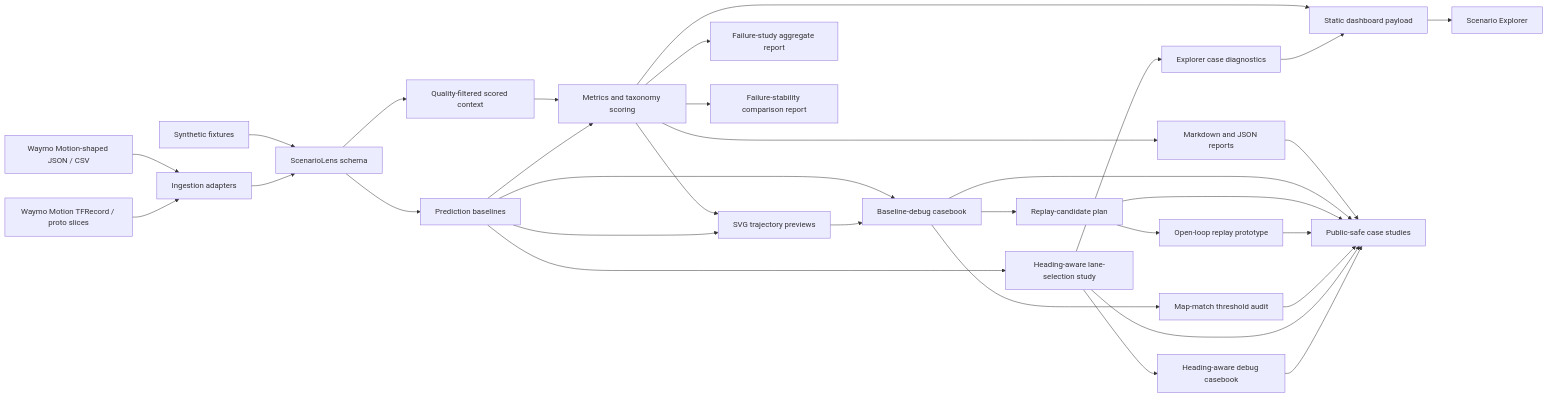
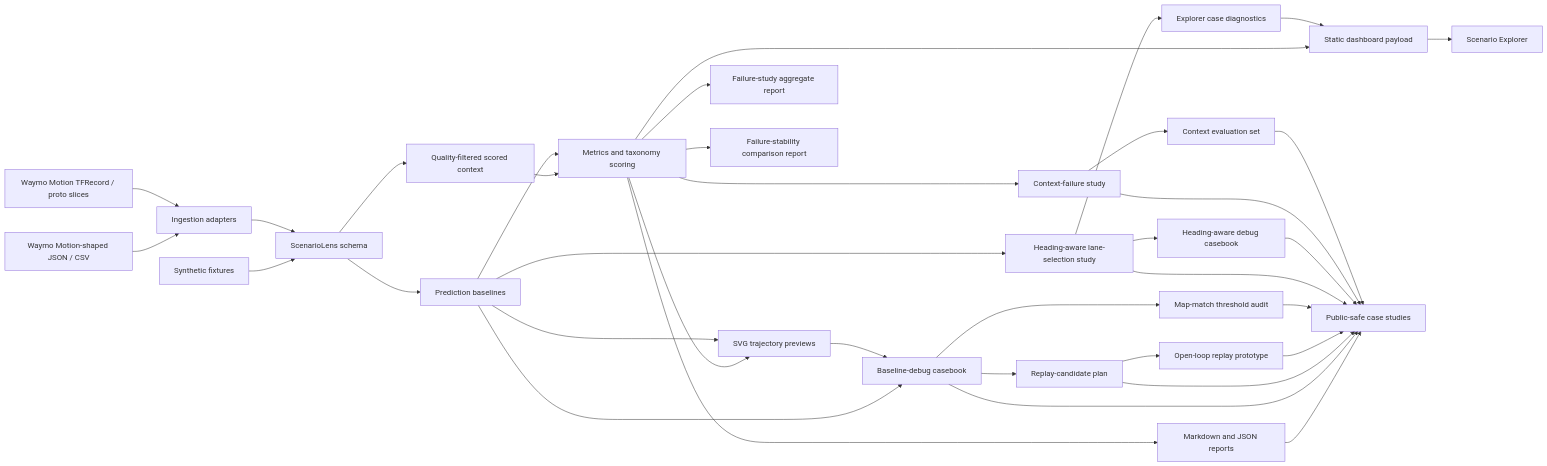
One commit to ethanvillalovoz/scenariolens changed the diagram in docs/architecture.md. Above: the diagram before and after it, drawn with Mermaid. The commit also changed other lines of this file and 20 other files, not shown here.

Commit message:
Add context evaluation set workflow

````diff
--- a/docs/architecture.md
+++ b/docs/architecture.md
@@ -5,34 +5,38 @@
 ```mermaid
 flowchart LR
     A["Synthetic fixtures"] --> D["ScenarioLens schema"]
     B["Waymo Motion-shaped JSON / CSV"] --> C["Ingestion adapters"]
     M["Waymo Motion TFRecord / proto slices"] --> C
     C --> D
     D --> E["Quality-filtered scored context"]
     D --> P["Prediction baselines"]
     E --> F["Metrics and taxonomy scoring"]
     P --> F
     F --> G["Markdown and JSON reports"]
     F --> H["SVG trajectory previews"]
     P --> H
     F --> L["Failure-study aggregate report"]
     F --> N["Failure-stability comparison report"]
+    F --> X["Context-failure study"]
+    X --> Y["Context evaluation set"]
     P --> U["Heading-aware lane-selection study"]
     U --> V["Explorer case diagnostics"]
     U --> W["Heading-aware debug casebook"]
     P --> Q["Baseline-debug casebook"]
     H --> Q
     Q --> R["Replay-candidate plan"]
     R --> S["Open-loop replay prototype"]
     Q --> T["Map-match threshold audit"]
     F --> I["Static dashboard payload"]
     V --> I
     I --> J["Scenario Explorer"]
     G --> K["Public-safe case studies"]
     Q --> K
     R --> K
     S --> K
     T --> K
     U --> K
     W --> K
+    X --> K
+    Y --> K
 ```
````
